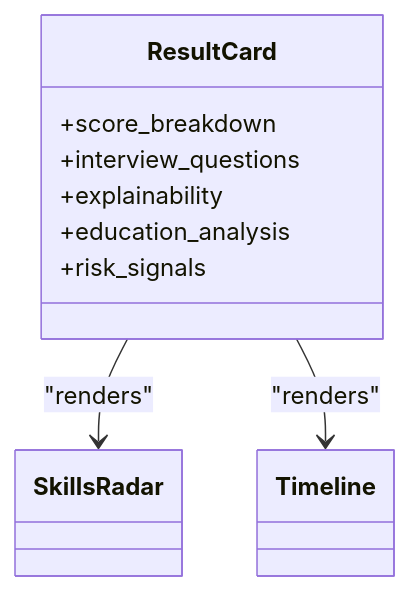
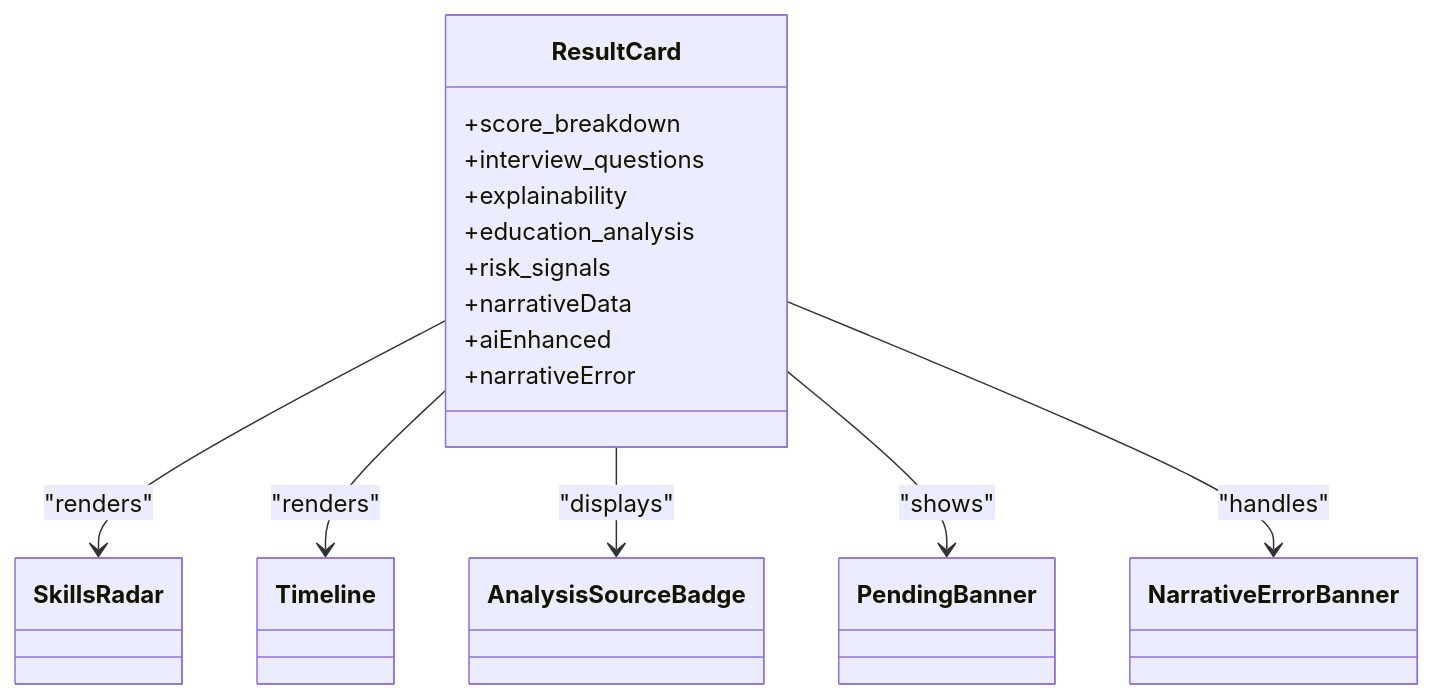
Before and after one commit to Revanththetalogics/aireume: the ninth of 11 diagrams in .qoder/repowiki/en/content/Reporting & Analytics/Reporting & Analytics.md, drawn with Mermaid. The commit also changed other lines of this file and 20 other files, not shown here.

First line of the commit message:
fix: persist complete report data to analysis_result for Candidates page

````diff
--- a/.qoder/repowiki/en/content/Reporting & Analytics/Reporting & Analytics.md
+++ b/.qoder/repowiki/en/content/Reporting & Analytics/Reporting & Analytics.md
@@ -333,12 +387,18 @@
 ```mermaid
 classDiagram
 class ResultCard {
 +score_breakdown
 +interview_questions
 +explainability
 +education_analysis
 +risk_signals
++narrativeData
++aiEnhanced
++narrativeError
 }
 ResultCard --> SkillsRadar : "renders"
 ResultCard --> Timeline : "renders"
+ResultCard --> AnalysisSourceBadge : "displays"
+ResultCard --> PendingBanner : "shows"
+ResultCard --> NarrativeErrorBanner : "handles"
 ```
````
